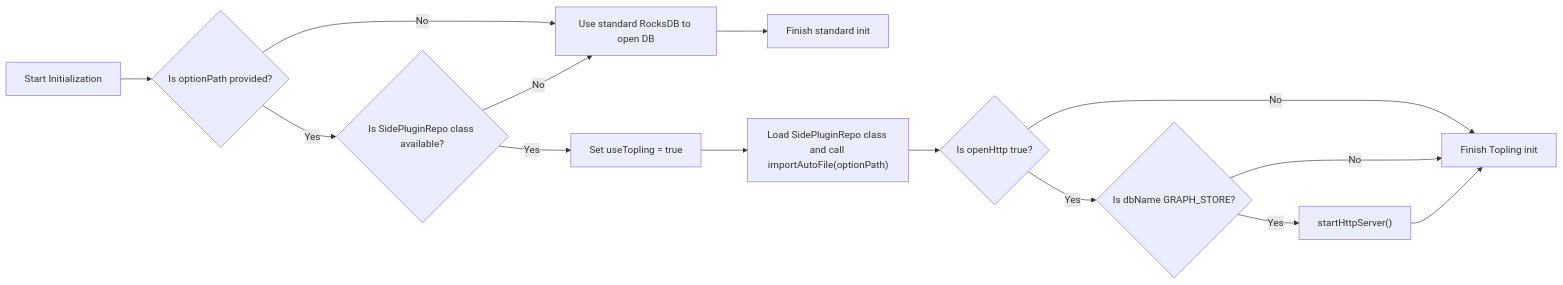
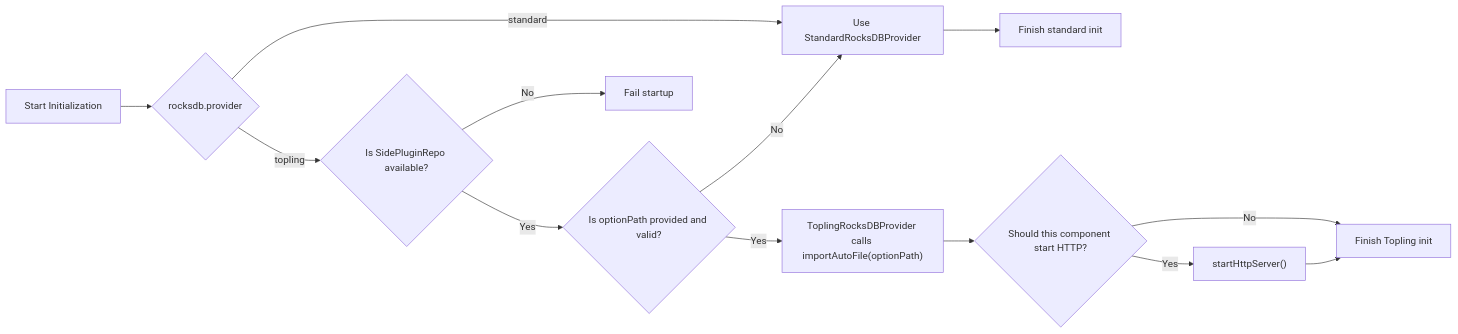
Before and after one commit to hugegraph/hugegraph: the third of 3 diagrams in .specs/hugegraph-server/ToplingDB/design.md, drawn with Mermaid. The commit also changed other lines of this file and 7 other files, not shown here.

````diff
--- a/.specs/hugegraph-server/ToplingDB/design.md
+++ b/.specs/hugegraph-server/ToplingDB/design.md
@@ -207,17 +226,15 @@
 ```mermaid
 flowchart LR
-    A[Start Initialization] --> B{Is optionPath provided?}
+    A[Start Initialization] --> P{rocksdb.provider}
+    P -- standard --> Z[Use StandardRocksDBProvider] --> O[Finish standard init]
+    P -- topling --> S{Is SidePluginRepo available?}
+    S -- No --> F[Fail startup]
+    S -- Yes --> B{Is optionPath provided and valid?}
 
-    B -- No --> Z[Use standard RocksDB to open DB] --> O[Finish standard init]
+    B -- No --> Z
+    B -- Yes --> E["ToplingRocksDBProvider calls importAutoFile(optionPath)"]
 
-    B -- Yes --> C{Is SidePluginRepo class available?}
-    C -- No --> Z
-
-    C -- Yes --> D[Set useTopling = true] --> E["Load SidePluginRepo class and call importAutoFile(optionPath)"]
-
-    E --> K{Is openHttp true?}
+    E --> K{Should this component start HTTP?}
     K -- No --> M[Finish Topling init]
-    K -- Yes --> L{Is dbName GRAPH_STORE?}
-    L -- No --> M
-    L -- Yes --> N["startHttpServer()"] --> M
+    K -- Yes --> N["startHttpServer()"] --> M
 ```
````
